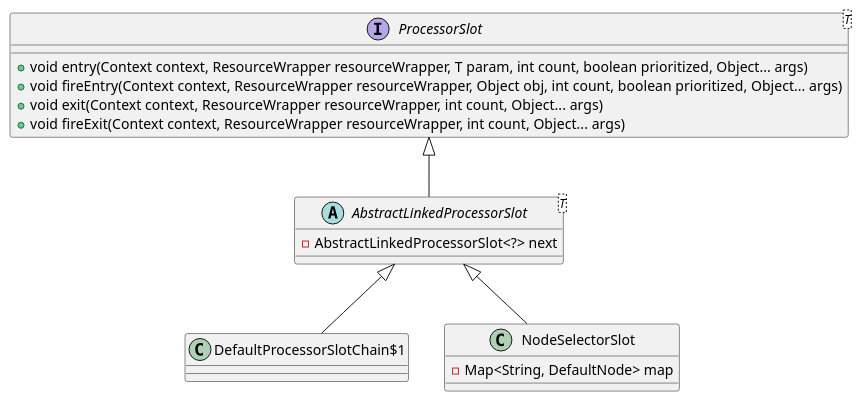
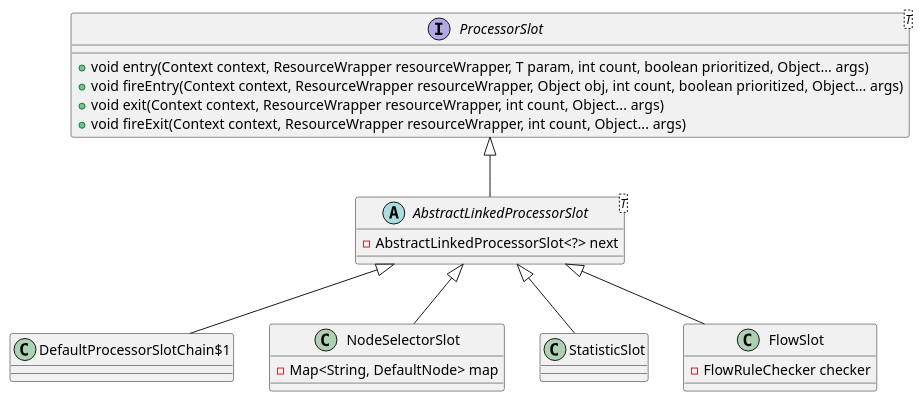
One commit to Gh0st99/Gh0st99.github.io changed the third of 4 diagrams in _posts/2020-08-31-Sentinel.md. Above: the diagram before and after it, drawn with PlantUML. The commit also changed other lines of this file, not shown here.

````diff
--- a/_posts/2020-08-31-Sentinel.md
+++ b/_posts/2020-08-31-Sentinel.md
@@ -367,28 +367,41 @@
 ```plantuml
 @startuml chain类图
 interface ProcessorSlot<T> {
     + void entry(Context context, ResourceWrapper resourceWrapper, T param, int count, boolean prioritized, Object... args)
     + void fireEntry(Context context, ResourceWrapper resourceWrapper, Object obj, int count, boolean prioritized, Object... args)
     + void exit(Context context, ResourceWrapper resourceWrapper, int count, Object... args)
     + void fireExit(Context context, ResourceWrapper resourceWrapper, int count, Object... args)
 }
 
 abstract class AbstractLinkedProcessorSlot<T> {
     - AbstractLinkedProcessorSlot<?> next
 }
 
 ProcessorSlot <|-- AbstractLinkedProcessorSlot
 
 class DefaultProcessorSlotChain$1 {
 
 }
 
 AbstractLinkedProcessorSlot <|-- DefaultProcessorSlotChain$1
 
 class NodeSelectorSlot {
     - Map<String, DefaultNode> map
 }
 
 AbstractLinkedProcessorSlot <|-- NodeSelectorSlot
+
+class StatisticSlot {
+}
+
+AbstractLinkedProcessorSlot <|-- StatisticSlot
+
+
+class FlowSlot {
+    - FlowRuleChecker checker
+}
+
+AbstractLinkedProcessorSlot <|-- FlowSlot
+
 @enduml
 ```
````
